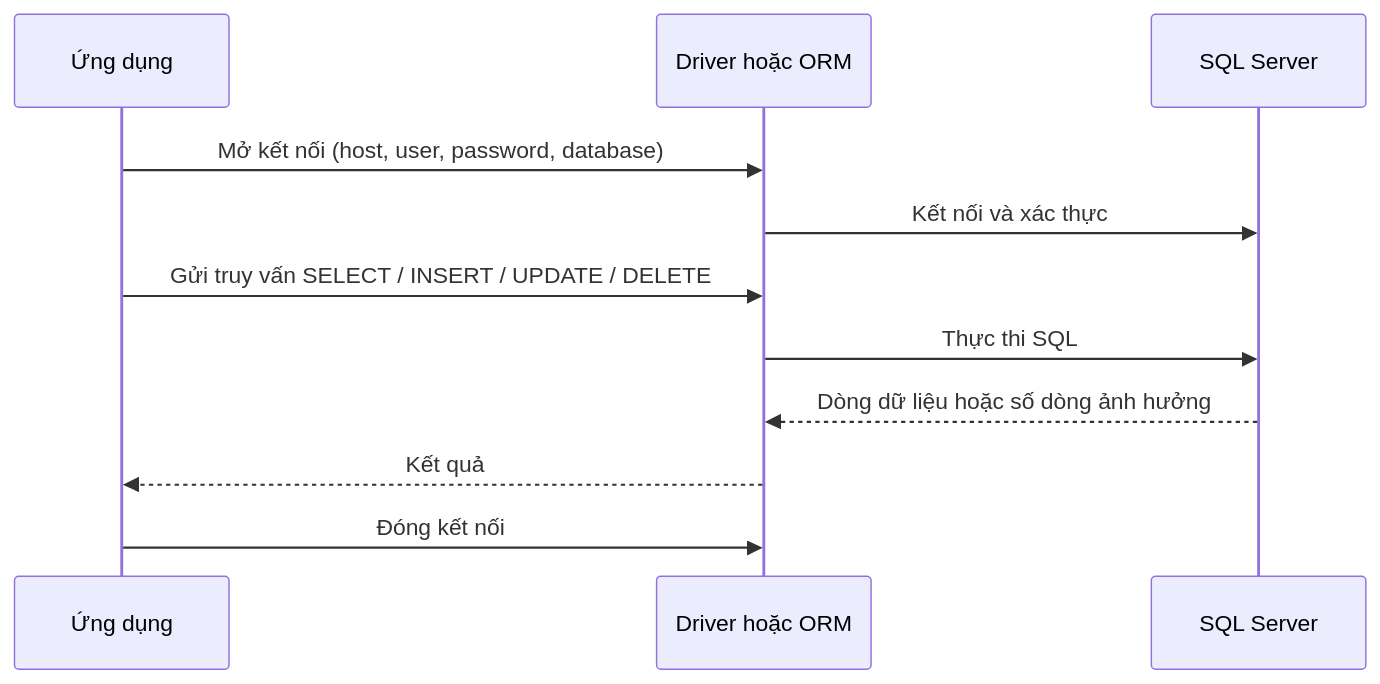
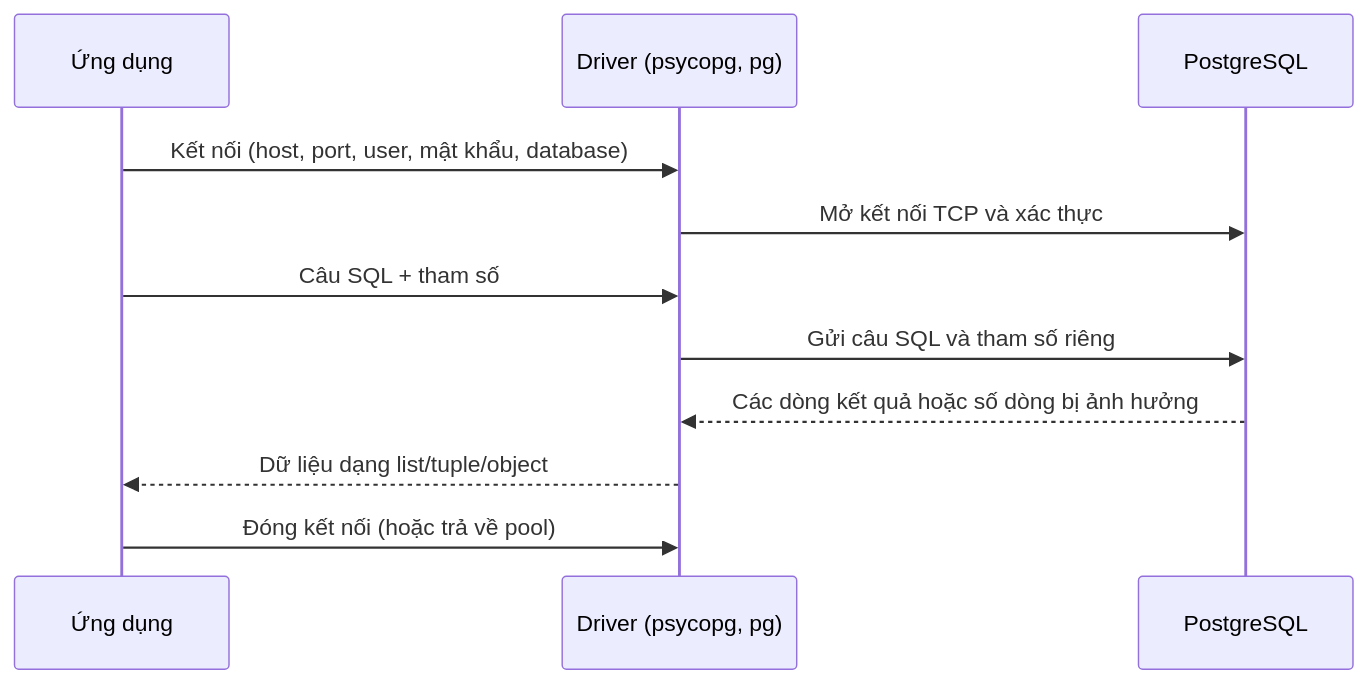
One commit to TienNHM/sql-challenge changed the first of 2 diagrams in lessons/23-sql-connect-apps.md. Above: the diagram before and after it, drawn with Mermaid. The commit also changed other lines of this file and 137 other files, not shown here.

First line of the commit message:
feat: chuyển khóa học sang PostgreSQL 16 với bộ dữ liệu chung DSC Shop

````diff
--- a/lessons/23-sql-connect-apps.md
+++ b/lessons/23-sql-connect-apps.md
@@ -15,13 +26,13 @@
 ```mermaid
 sequenceDiagram
     participant App as Ứng dụng
-    participant Drv as Driver hoặc ORM
-    participant DB as SQL Server
-    App->>Drv: Mở kết nối (host, user, password, database)
-    Drv->>DB: Kết nối và xác thực
-    App->>Drv: Gửi truy vấn SELECT / INSERT / UPDATE / DELETE
-    Drv->>DB: Thực thi SQL
-    DB-->>Drv: Dòng dữ liệu hoặc số dòng ảnh hưởng
-    Drv-->>App: Kết quả
-    App->>Drv: Đóng kết nối
+    participant Drv as Driver (psycopg, pg)
+    participant DB as PostgreSQL
+    App->>Drv: Kết nối (host, port, user, mật khẩu, database)
+    Drv->>DB: Mở kết nối TCP và xác thực
+    App->>Drv: Câu SQL + tham số
+    Drv->>DB: Gửi câu SQL và tham số riêng
+    DB-->>Drv: Các dòng kết quả hoặc số dòng bị ảnh hưởng
+    Drv-->>App: Dữ liệu dạng list/tuple/object
+    App->>Drv: Đóng kết nối (hoặc trả về pool)
 ```
````
